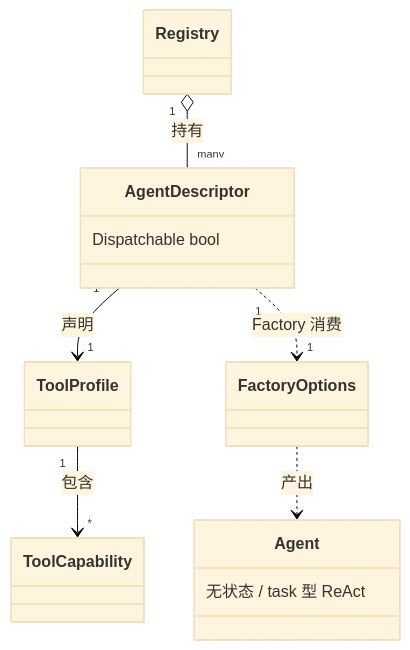
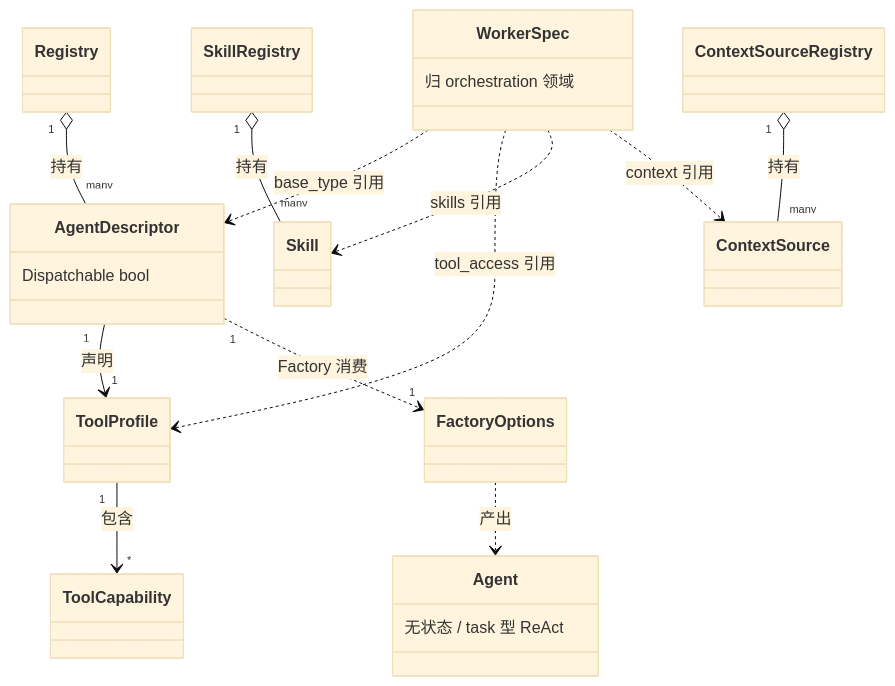
One commit to vogo/vv changed the diagram in doc/domains/core/agents/models.md. Above: the diagram before and after it, drawn with Mermaid (base theme). The commit also changed other lines of this file and 35 other files, not shown here.

````diff
--- a/doc/domains/core/agents/models.md
+++ b/doc/domains/core/agents/models.md
@@ -84,10 +110,17 @@
 ```mermaid
 classDiagram
     Registry "1" o-- "many" AgentDescriptor : 持有
+    SkillRegistry "1" o-- "many" Skill : 持有
+    ContextSourceRegistry "1" o-- "many" ContextSource : 持有
     AgentDescriptor "1" --> "1" ToolProfile : 声明
     ToolProfile "1" --> "*" ToolCapability : 包含
     AgentDescriptor "1" ..> "1" FactoryOptions : Factory 消费
     FactoryOptions ..> Agent : 产出
+    WorkerSpec ..> AgentDescriptor : base_type 引用
+    WorkerSpec ..> ToolProfile : tool_access 引用
+    WorkerSpec ..> Skill : skills 引用
+    WorkerSpec ..> ContextSource : context 引用
     AgentDescriptor : Dispatchable bool
     Agent : 无状态 / task 型 ReAct
+    WorkerSpec : 归 orchestration 领域
 ```
````
